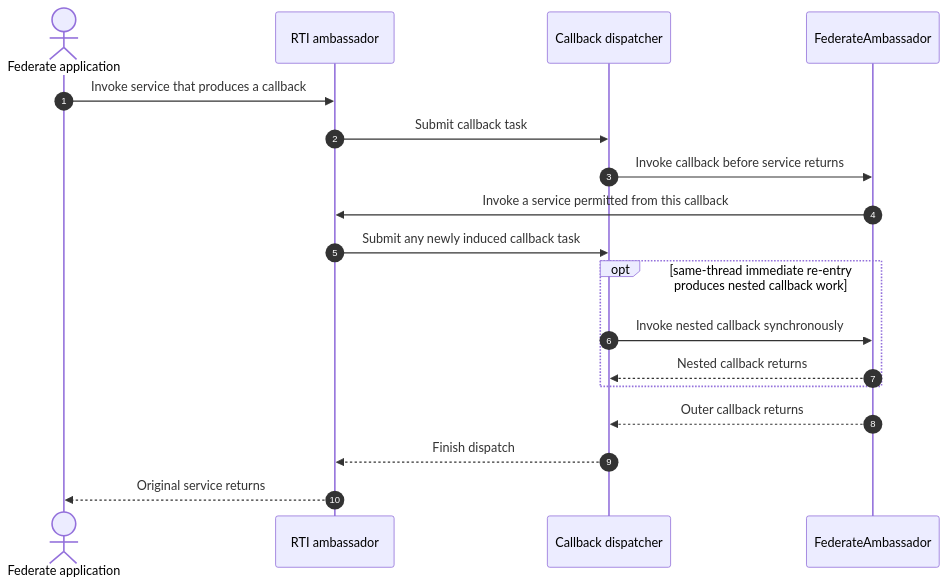
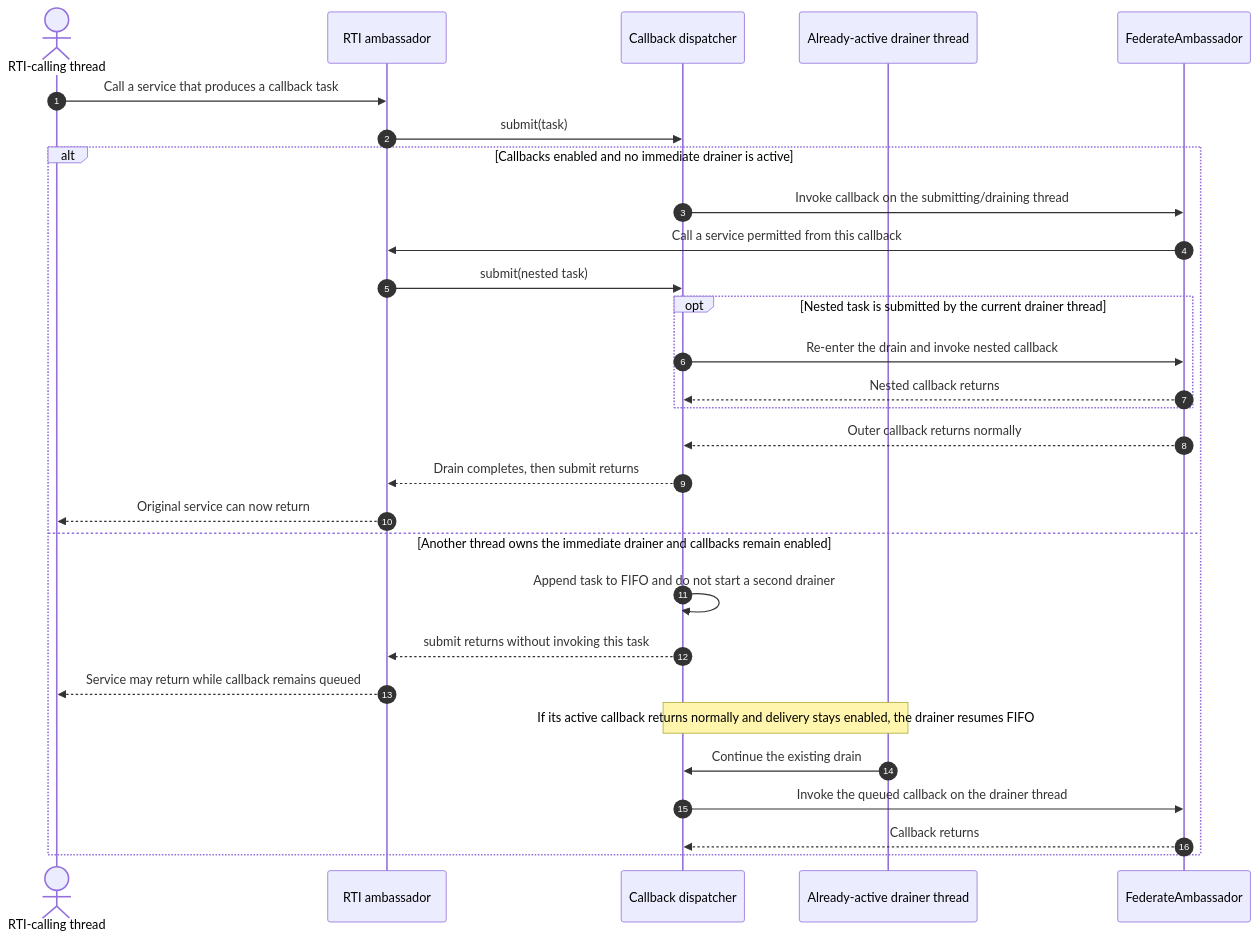
One commit to sheepfling/umbra changed the ninth of 26 diagrams in docs/design/HLA-2025-CALLBACK-AND-SERVICE-ORDERING-FLOW-GUIDE.md. Above: the diagram before and after it, drawn with Mermaid. The commit also changed other lines of this file and 36 other files, not shown here.

````diff
--- a/docs/design/HLA-2025-CALLBACK-AND-SERVICE-ORDERING-FLOW-GUIDE.md
+++ b/docs/design/HLA-2025-CALLBACK-AND-SERVICE-ORDERING-FLOW-GUIDE.md
@@ -610,21 +635,32 @@
 ```mermaid
 sequenceDiagram
   autonumber
-  actor App as Federate application
+  actor Producer as RTI-calling thread
   participant RTI as RTI ambassador
   participant Queue as Callback dispatcher
+  participant Drainer as Already-active drainer thread
   participant FA as FederateAmbassador
 
-  App->>RTI: Invoke service that produces a callback
-  RTI->>Queue: Submit callback task
-  Queue->>FA: Invoke callback before service returns
-  FA->>RTI: Invoke a service permitted from this callback
-  RTI->>Queue: Submit any newly induced callback task
-  opt same-thread immediate re-entry produces nested callback work
-    Queue->>FA: Invoke nested callback synchronously
-    FA-->>Queue: Nested callback returns
+  Producer->>RTI: Call a service that produces a callback task
+  RTI->>Queue: submit(task)
+  alt Callbacks enabled and no immediate drainer is active
+    Queue->>FA: Invoke callback on the submitting/draining thread
+    FA->>RTI: Call a service permitted from this callback
+    RTI->>Queue: submit(nested task)
+    opt Nested task is submitted by the current drainer thread
+      Queue->>FA: Re-enter the drain and invoke nested callback
+      FA-->>Queue: Nested callback returns
+    end
+    FA-->>Queue: Outer callback returns normally
+    Queue-->>RTI: Drain completes, then submit returns
+    RTI-->>Producer: Original service can now return
+  else Another thread owns the immediate drainer and callbacks remain enabled
+    Queue->>Queue: Append task to FIFO and do not start a second drainer
+    Queue-->>RTI: submit returns without invoking this task
+    RTI-->>Producer: Service may return while callback remains queued
+    Note over Drainer,Queue: If its active callback returns normally and delivery stays enabled, the drainer resumes FIFO
+    Drainer->>Queue: Continue the existing drain
+    Queue->>FA: Invoke the queued callback on the drainer thread
+    FA-->>Queue: Callback returns
   end
-  FA-->>Queue: Outer callback returns
-  Queue-->>RTI: Finish dispatch
-  RTI-->>App: Original service returns
 ```
````
